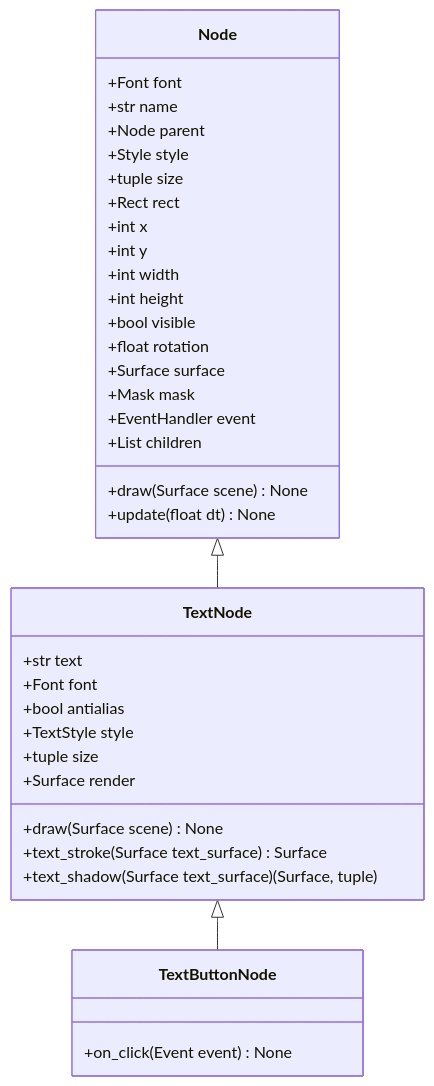
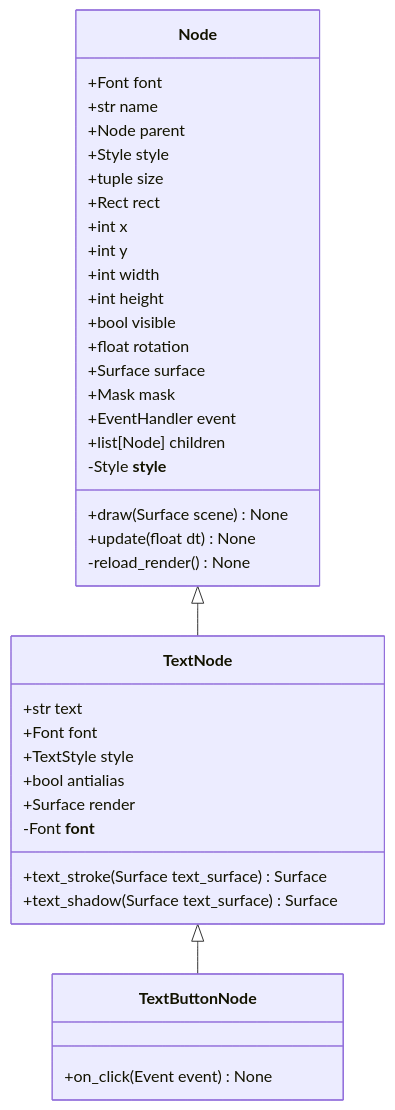
The diagram in docs/Node.md (Mogui-Hao/PygameNode), drawn with Mermaid before and after one commit. The commit also changed other lines of this file and 8 other files, not shown here.

````diff
--- a/docs/Node.md
+++ b/docs/Node.md
@@ -5,42 +5,43 @@
 ```mermaid
 classDiagram
     class Node {
         +Font font
         +str name
         +Node parent
         +Style style
         +tuple size
         +Rect rect
         +int x
         +int y
         +int width
         +int height
         +bool visible
         +float rotation
         +Surface surface
         +Mask mask
         +EventHandler event
-        +List children
+        +list[Node] children
+        -Style __style__
         +draw(Surface scene) None
         +update(float dt) None
+        -reload_render() None
     }
     
     class TextNode {
         +str text
         +Font font
+        +TextStyle style
         +bool antialias
-        +TextStyle style
-        +tuple size
         +Surface render
-        +draw(Surface scene) None
+        -Font __font__
         +text_stroke(Surface text_surface) Surface
-        +text_shadow(Surface text_surface) (Surface, tuple)
+        +text_shadow(Surface text_surface) Surface
     }
     
     class TextButtonNode {
         +on_click(Event event) None
     }
     
     Node <|-- TextNode
     TextNode <|-- TextButtonNode
 ```
````
